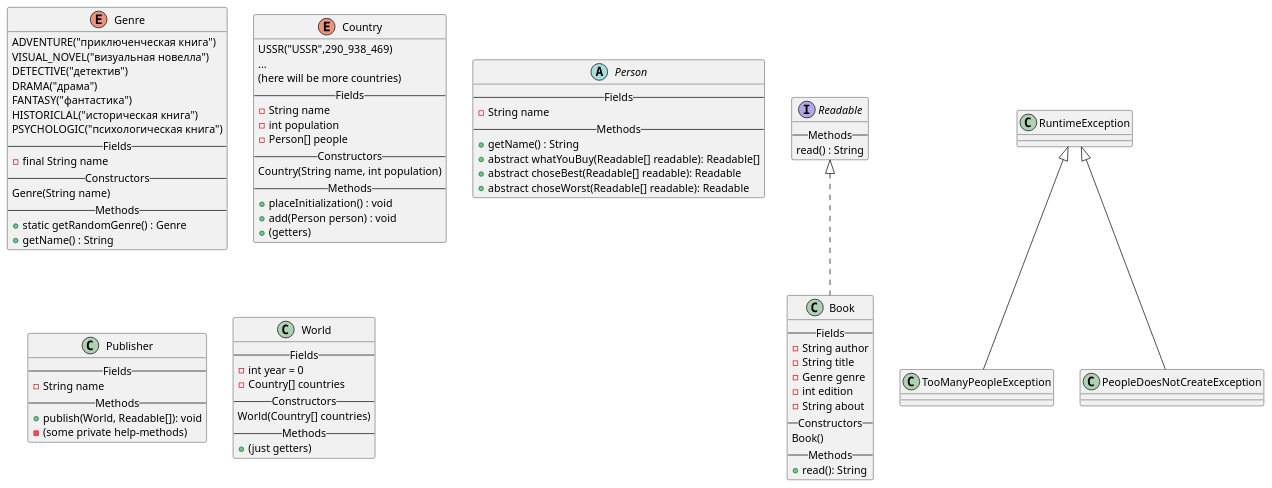
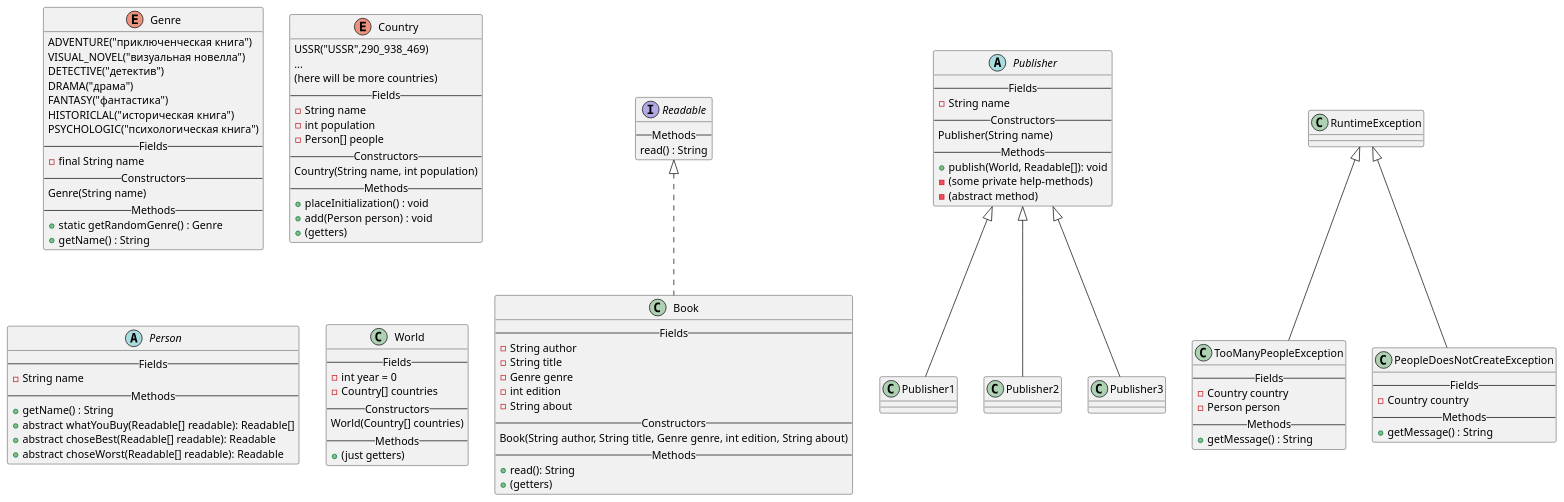
Before and after one commit to Andryss/TheBestRealizationLabWork4: the diagram in TheBestUML.puml, drawn with PlantUML. The commit also changed 2 other files, not shown here.

Commit message:
1) make Publisher abstract 2) add Publisher's children 3) add Fields and Methods in Exceptions

```diff
--- a/TheBestUML.puml
+++ b/TheBestUML.puml
@@ -1,126 +1,151 @@
 @startuml
 'Текст задания:
 '
 'Издательская компания «Эксмо» совместно с Hoff представила данные по
 'книжным предпочтениям россиян в 2021 году: абсолютным лидером продаж
 'стали книги (издание и переиздание) Михаила Лабковского «Хочу и буду»,
 'сообщили в пресс-службе.
 '
 'Книги психолога лидировали по продажам по всей стране: за год было
 'продано более 129 тыс. экземпляров первого издания и 34,5 тыс. второго.
 '
 'На втором месте по популярности у покупателей детектив «Внутри убийцы»
 'израильского писателя Майка Омера (более 92 тыс. экземпляров) про
 'криминального психолога-женщину, расследующую череду жестоких
 'преступлений. Тройку лидеров продаж замыкает роман «Transhumanism inc.»
 'Виктора Пелевина — новинка российского автора разошлась в количестве 71
 'тыс. экземпляров.
 
 enum Genre {
 ADVENTURE("приключенческая книга")
 VISUAL_NOVEL("визуальная новелла")
 DETECTIVE("детектив")
 DRAMA("драма")
 FANTASY("фантастика")
 HISTORICLAL("историческая книга")
 PSYCHOLOGIC("психологическая книга")
 --Fields--
 - final String name
 --Constructors--
 Genre(String name)
 --Methods--
 'dont understand "collision problem"
 'I think all is OK
 + static getRandomGenre() : Genre
 + getName() : String
 }
 
 'i have an idea how to create Person[]
 enum Country{
 USSR("USSR",290_938_469)
 ...
 (here will be more countries)
 --Fields--
 - String name
 - int population
 'persons-heap :)
 - Person[] people
 --Constructors--
 Country(String name, int population)
 --Methods--
 'in this method we will create Person[]
 'name of method must be better
 + placeInitialization() : void
 'in this method we will append Person in Persons-heap
 + add(Person person) : void
 + (getters)
 }
 
 interface Readable {
 --Methods--
+'this method will return info about readable
+'so Book.read() should return String with author, title, genre, about fields
 read() : String
 }
 
 class Book implements Readable {
 --Fields--
 'delete year field
 - String author
 - String title
 - Genre genre
 - int edition
 - String about
 --Constructors--
-Book()
+Book(String author, String title, Genre genre, int edition, String about)
 --Methods--
 'there is the method, which mix all info
 'about book in one String and return it
 + read(): String
 'it is read, because Readable
++ (getters)
 }
 
 
 abstract class Person {
 --Fields--
 - String name
 --Methods--
 + getName() : String
 + abstract whatYouBuy(Readable[] readable): Readable[]
 + abstract choseBest(Readable[] readable): Readable
 + abstract choseWorst(Readable[] readable): Readable
 }
 
-class Publisher {
+abstract class Publisher {
 --Fields--
 - String name
+--Constructors--
+Publisher(String name)
 --Methods--
 'i think it should be void but print all info in stdout
 'this method should ask all people in the World about Readable[]
 + publish(World, Readable[]): void
 - (some private help-methods)
+- (abstract method)
+}
+
+'names must be better
+class Publisher1 extends Publisher {
+'publisher which invokes whatYouBuy method
+}
+
+class Publisher2 extends Publisher {
+'publisher which invokes choseBest method
+}
+
+class Publisher3 extends Publisher {
+'publisher which invokes choseWorst method
 }
 
 class World {
 --Fields--
 - int year = 0
 - Country[] countries
 --Constructors--
 World(Country[] countries)
 --Methods--
 'i think publisher must ask persons
 '+ makeCountryChoose(Country country): void
 '+ getResults(): Book[]
 + (just getters)
 }
 
 class TooManyPeopleException extends RuntimeException {
 'we want to have more Persons than Person[] can contain
+--Fields--
+- Country country
+- Person person
+--Methods--
++ getMessage() : String
 }
 
 class PeopleDoesNotCreateException extends RuntimeException {
 'we want to add Person and Person[] is null (not created)
+--Fields--
+- Country country
+--Methods--
++ getMessage() : String
 }
 
-'useless exception
-'class CountryDoesNotExistException extends Exception {
-'}
 @enduml
```
